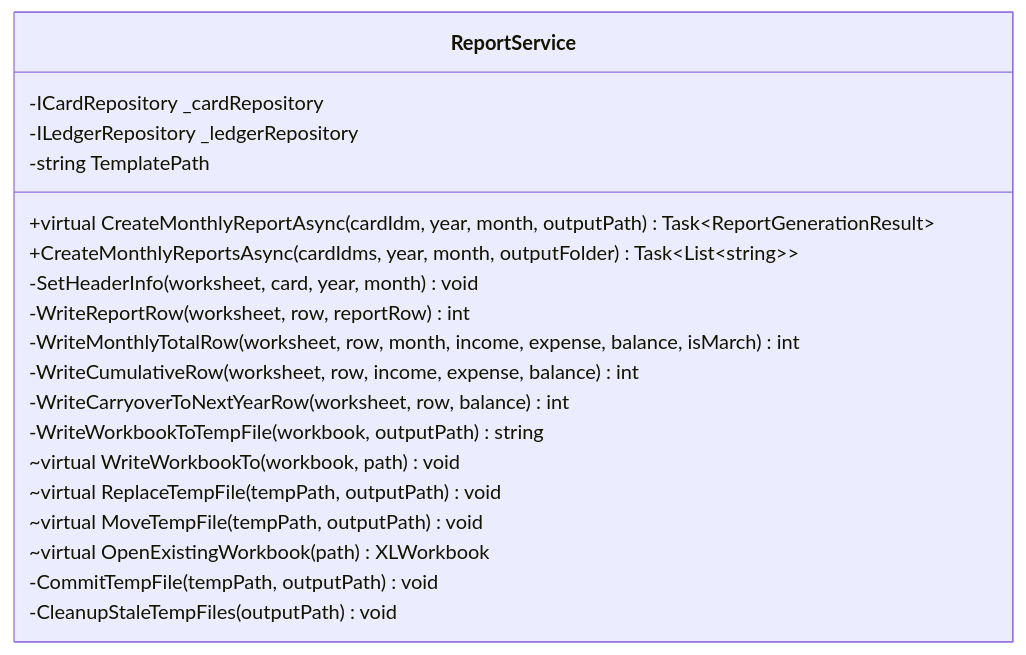
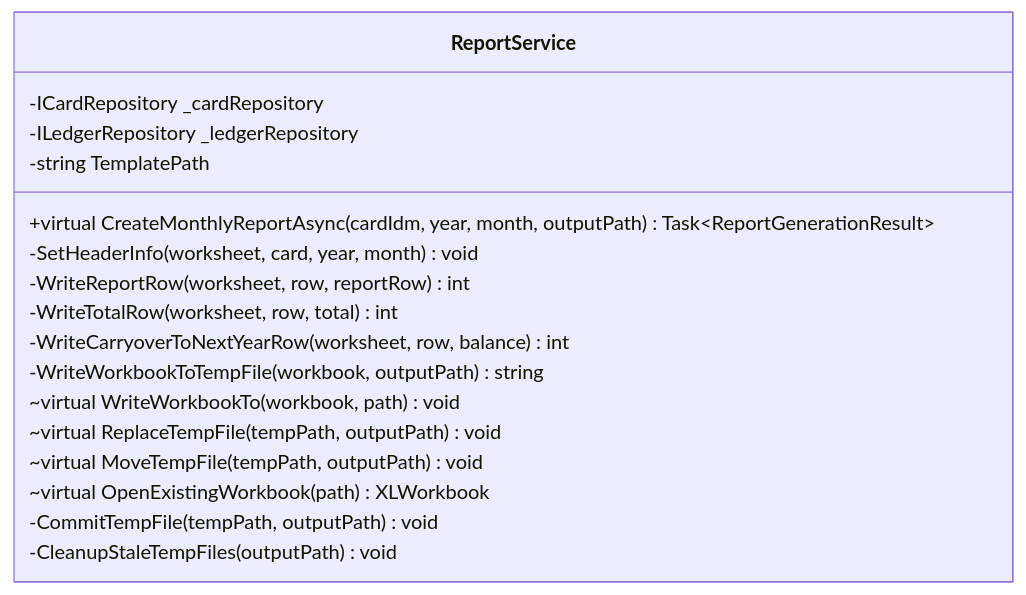
One commit to kuwayamamasayuki/ICCardManager changed the seventh of 52 diagrams in ICCardManager/docs/design/05_クラス設計書.md. Above: the diagram before and after it, drawn with Mermaid. The commit also changed other lines of this file and 11 other files, not shown here.

````diff
--- a/ICCardManager/docs/design/05_クラス設計書.md
+++ b/ICCardManager/docs/design/05_クラス設計書.md
@@ -712,22 +712,20 @@
 ```mermaid
 classDiagram
     class ReportService {
         -ICardRepository _cardRepository
         -ILedgerRepository _ledgerRepository
         -string TemplatePath
         +virtual CreateMonthlyReportAsync(cardIdm, year, month, outputPath) Task~ReportGenerationResult~
-        +CreateMonthlyReportsAsync(cardIdms, year, month, outputFolder) Task~List~string~~
         -SetHeaderInfo(worksheet, card, year, month) void
         -WriteReportRow(worksheet, row, reportRow) int
-        -WriteMonthlyTotalRow(worksheet, row, month, income, expense, balance, isMarch) int
-        -WriteCumulativeRow(worksheet, row, income, expense, balance) int
+        -WriteTotalRow(worksheet, row, total) int
         -WriteCarryoverToNextYearRow(worksheet, row, balance) int
         -WriteWorkbookToTempFile(workbook, outputPath) string
         ~virtual WriteWorkbookTo(workbook, path) void
         ~virtual ReplaceTempFile(tempPath, outputPath) void
         ~virtual MoveTempFile(tempPath, outputPath) void
         ~virtual OpenExistingWorkbook(path) XLWorkbook
         -CommitTempFile(tempPath, outputPath) void
         -CleanupStaleTempFiles(outputPath) void
     }
 ```
````
